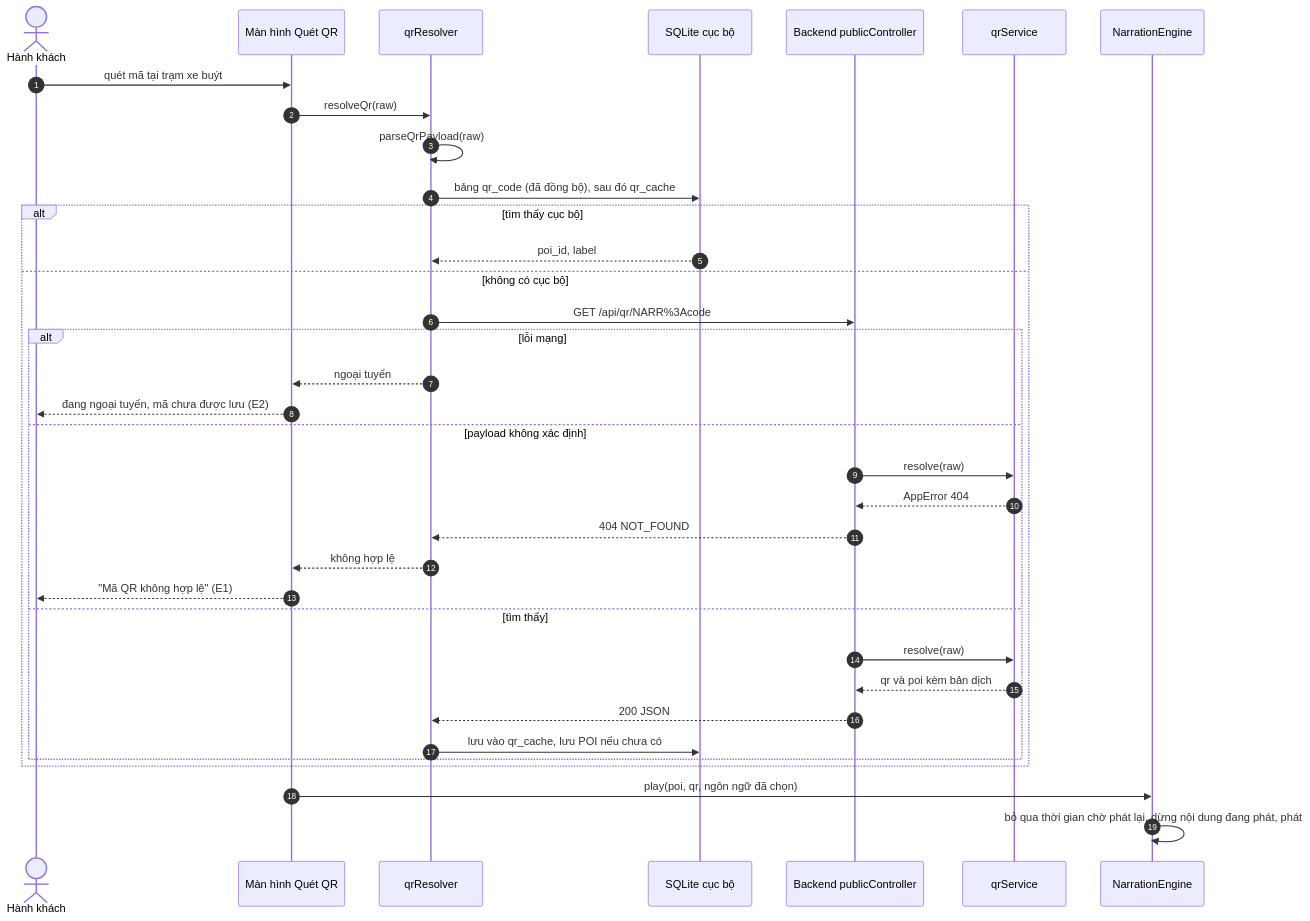
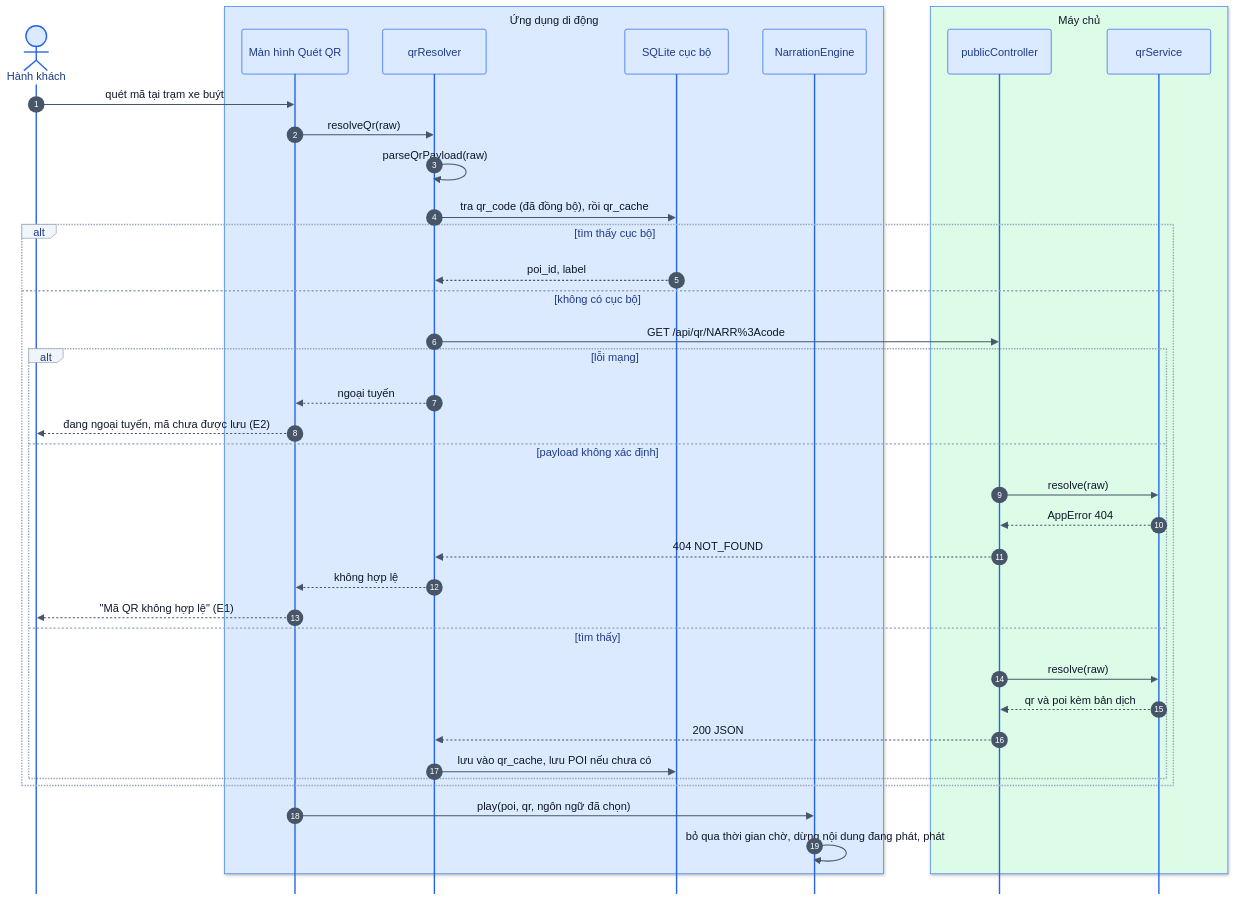
One commit to AiraLeFatale/CongNghePhanMem_Project changed diagram 18 of 28 in docs/02-design.md. Above: the diagram before and after it, drawn with Mermaid. The commit also changed other lines of this file and 181 other files, not shown here.

````diff
--- a/docs/02-design.md
+++ b/docs/02-design.md
@@ -509,38 +754,43 @@
 ```mermaid
+%%{init: {"theme":"base","fontFamily":"Helvetica Neue, Arial, sans-serif","themeVariables":{"fontFamily":"Helvetica Neue, Arial, sans-serif","fontSize":"15px","primaryColor":"#EFF6FF","primaryBorderColor":"#3B82F6","primaryTextColor":"#0F172A","lineColor":"#64748B","secondaryColor":"#F0FDF4","tertiaryColor":"#FFFFFF","clusterBkg":"#F8FAFC","clusterBorder":"#CBD5E1","edgeLabelBackground":"#FFFFFF","noteBkgColor":"#FEF9C3","noteBorderColor":"#EAB308","actorBkg":"#DBEAFE","actorBorder":"#2563EB","actorTextColor":"#1E3A8A","signalColor":"#475569","signalTextColor":"#0F172A","labelBoxBkgColor":"#F1F5F9","labelBoxBorderColor":"#94A3B8","activationBkgColor":"#E0F2FE","activationBorderColor":"#0284C7","sequenceNumberColor":"#FFFFFF","pie1":"#16A34A","pie2":"#F59E0B","pie3":"#94A3B8","pie4":"#DC2626","pie5":"#2563EB","pie6":"#7C3AED","pieStrokeColor":"#FFFFFF","pieSectionTextColor":"#FFFFFF","quadrant1Fill":"#FEE2E2","quadrant2Fill":"#FEF3C7","quadrant3Fill":"#DCFCE7","quadrant4Fill":"#FEF3C7","quadrantPointFill":"#1E3A8A","quadrantPointTextFill":"#0F172A","git0":"#1E3A8A","gitBranchLabel0":"#FFFFFF","cScale0":"#DBEAFE","cScale1":"#DCFCE7","cScale2":"#EDE9FE","cScale3":"#FEF3C7","cScale4":"#FFE4E6","cScale5":"#E0F2FE","cScale6":"#F1F5F9"},"flowchart":{"curve":"basis","padding":16,"nodeSpacing":40,"rankSpacing":50},"sequence":{"showSequenceNumbers":true,"mirrorActors":false}}}%%
 sequenceDiagram
     autonumber
     actor U as Hành khách
-    participant CAM as Màn hình Quét QR
-    participant RES as qrResolver
-    participant DB as SQLite cục bộ
-    participant API as Backend publicController
-    participant QS as qrService
-    participant NAR as NarrationEngine
+    box rgb(219,234,254) Ứng dụng di động
+        participant CAM as Màn hình Quét QR
+        participant RES as qrResolver
+        participant DB as SQLite cục bộ
+        participant NAR as NarrationEngine
+    end
+    box rgb(220,252,231) Máy chủ
+        participant API as publicController
+        participant QS as qrService
+    end
 
     U->>CAM: quét mã tại trạm xe buýt
     CAM->>RES: resolveQr(raw)
     RES->>RES: parseQrPayload(raw)
-    RES->>DB: bảng qr_code (đã đồng bộ), sau đó qr_cache
+    RES->>DB: tra qr_code (đã đồng bộ), rồi qr_cache
     alt tìm thấy cục bộ
         DB-->>RES: poi_id, label
     else không có cục bộ
         RES->>API: GET /api/qr/NARR%3Acode
         alt lỗi mạng
             RES-->>CAM: ngoại tuyến
             CAM-->>U: đang ngoại tuyến, mã chưa được lưu (E2)
         else payload không xác định
             API->>QS: resolve(raw)
             QS-->>API: AppError 404
             API-->>RES: 404 NOT_FOUND
             RES-->>CAM: không hợp lệ
             CAM-->>U: "Mã QR không hợp lệ" (E1)
         else tìm thấy
             API->>QS: resolve(raw)
             QS-->>API: qr và poi kèm bản dịch
             API-->>RES: 200 JSON
             RES->>DB: lưu vào qr_cache, lưu POI nếu chưa có
         end
     end
     CAM->>NAR: play(poi, qr, ngôn ngữ đã chọn)
-    NAR->>NAR: bỏ qua thời gian chờ phát lại, dừng nội dung đang phát, phát
+    NAR->>NAR: bỏ qua thời gian chờ, dừng nội dung đang phát, phát
 ```
````
